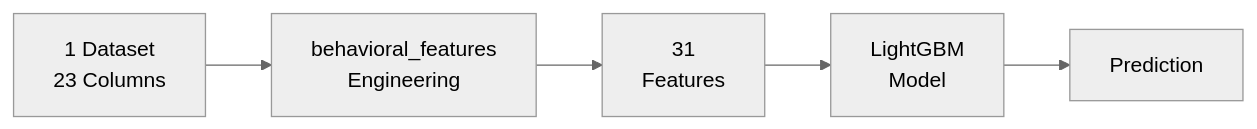
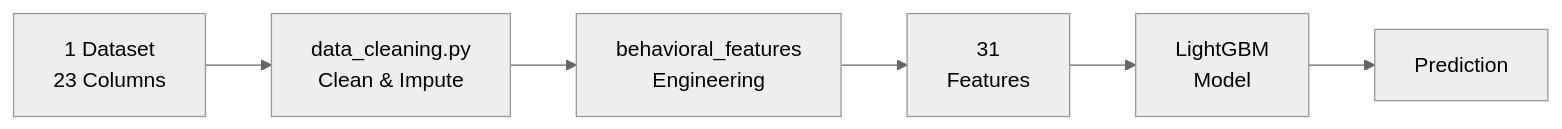
Before and after one commit to walterzenia/A-smart-Loan-default-hybrid-system: the third of 10 diagrams in ARCHITECTURE_GUIDE_COMPACT.md, drawn with Mermaid (neutral theme). The commit also changed other lines of this file and 13 other files, not shown here.

First line of the commit message:
Centralize data cleaning logic in data_cleaning.py module

````diff
--- a/ARCHITECTURE_GUIDE_COMPACT.md
+++ b/ARCHITECTURE_GUIDE_COMPACT.md
@@ -59,7 +60,8 @@
 ```mermaid
 graph LR
-    A[1 Dataset<br/>23 Columns] --> B[behavioral_features<br/>Engineering]
+    A[1 Dataset<br/>23 Columns] --> A1[data_cleaning.py<br/>Clean & Impute]
+    A1 --> B[behavioral_features<br/>Engineering]
     B --> C[31<br/>Features]
     C --> D[LightGBM<br/>Model]
     D --> E[Prediction]
 ```
````
